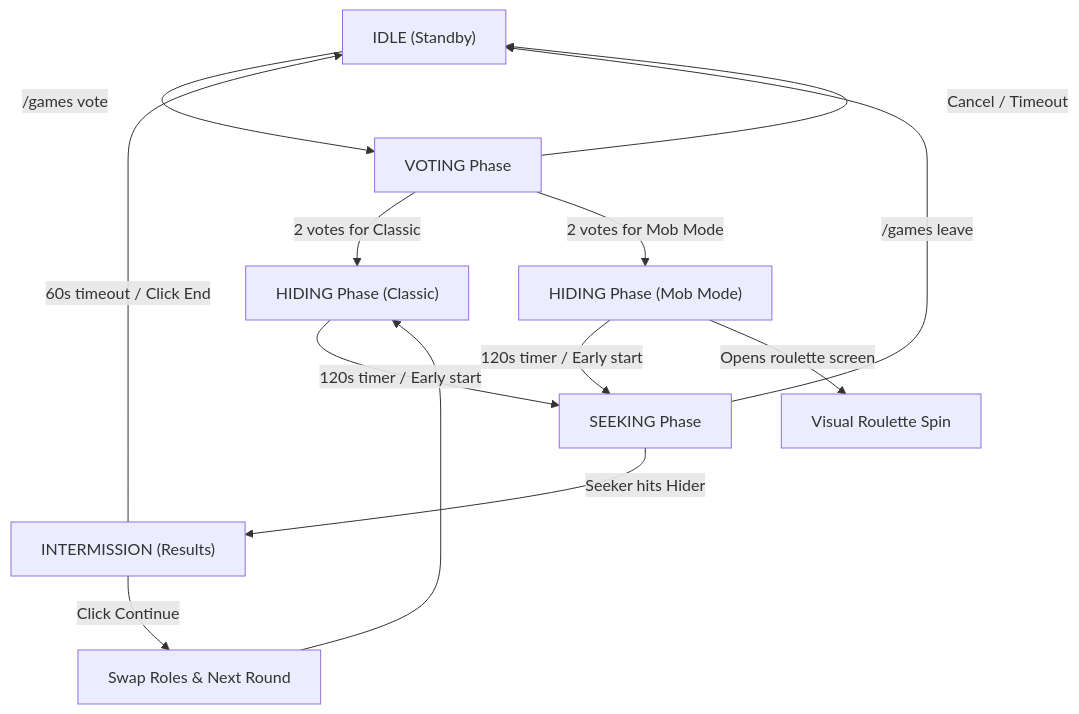
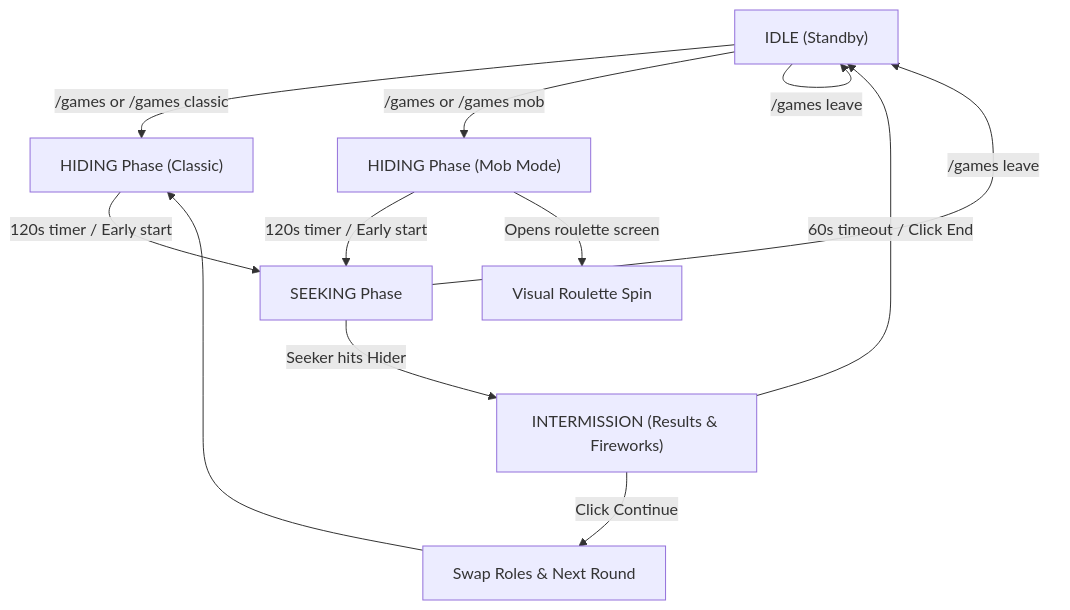
One commit to ApRoGG224/ExServerMod changed the diagram in docs/features/hide-and-seek.md. Above: the diagram before and after it, drawn with Mermaid. The commit also changed other lines of this file and 30 other files, not shown here.

````diff
--- a/docs/features/hide-and-seek.md
+++ b/docs/features/hide-and-seek.md
@@ -11,18 +11,17 @@
 ```mermaid
 flowchart TD
-    IDLE["IDLE (Standby)"] -->|/games vote| VOTING["VOTING Phase"]
-    VOTING -->|2 votes for Classic| HIDING_CLASSIC["HIDING Phase (Classic)"]
-    VOTING -->|2 votes for Mob Mode| HIDING_MOB["HIDING Phase (Mob Mode)"]
-    VOTING -->|Cancel / Timeout| IDLE
+    IDLE["IDLE (Standby)"] -->|/games or /games classic| HIDING_CLASSIC["HIDING Phase (Classic)"]
+    IDLE -->|/games or /games mob| HIDING_MOB["HIDING Phase (Mob Mode)"]
+    IDLE -->|/games leave| IDLE
 
     HIDING_CLASSIC -->|120s timer / Early start| SEEKING["SEEKING Phase"]
     HIDING_MOB -->|120s timer / Early start| SEEKING
     HIDING_MOB -->|Opens roulette screen| ROULETTE["Visual Roulette Spin"]
 
-    SEEKING -->|Seeker hits Hider| INTERMISSION["INTERMISSION (Results)"]
+    SEEKING -->|Seeker hits Hider| INTERMISSION["INTERMISSION (Results & Fireworks)"]
     SEEKING -->|/games leave| IDLE
 
     INTERMISSION -->|Click Continue| SWAP_ROLES["Swap Roles & Next Round"]
     INTERMISSION -->|60s timeout / Click End| IDLE
     SWAP_ROLES --> HIDING_CLASSIC
 ```
````
